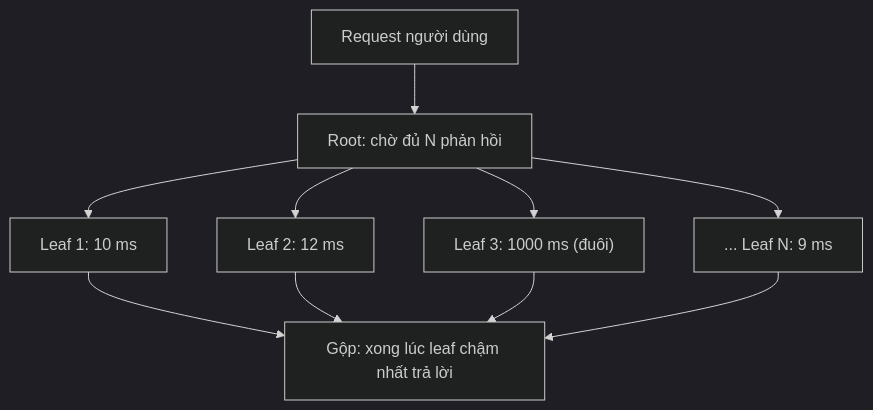
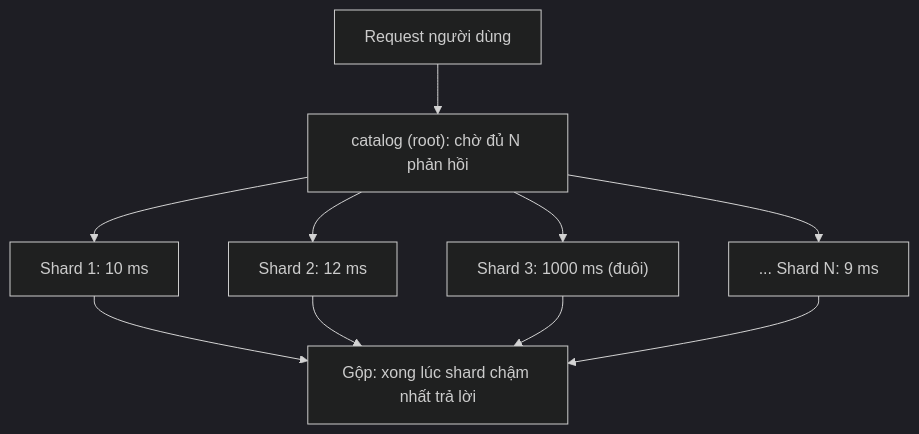
Before and after one commit to pirumu/irust: the third of 3 diagrams in docs/12-he-thong-du-lieu/01-reliability-scalability-maintainability.md, drawn with Mermaid (dark theme). The commit also changed other lines of this file and 27 other files, not shown here.

````diff
--- a/docs/12-he-thong-du-lieu/01-reliability-scalability-maintainability.md
+++ b/docs/12-he-thong-du-lieu/01-reliability-scalability-maintainability.md
@@ -165,12 +215,12 @@
 ```mermaid
 flowchart TD
-  U["Request người dùng"] --> R["Root: chờ đủ N phản hồi"]
-  R --> L1["Leaf 1: 10 ms"]
-  R --> L2["Leaf 2: 12 ms"]
-  R --> L3["Leaf 3: 1000 ms (đuôi)"]
-  R --> L4["... Leaf N: 9 ms"]
-  L1 --> M["Gộp: xong lúc leaf chậm nhất trả lời"]
+  U["Request người dùng"] --> R["catalog (root): chờ đủ N phản hồi"]
+  R --> L1["Shard 1: 10 ms"]
+  R --> L2["Shard 2: 12 ms"]
+  R --> L3["Shard 3: 1000 ms (đuôi)"]
+  R --> L4["... Shard N: 9 ms"]
+  L1 --> M["Gộp: xong lúc shard chậm nhất trả lời"]
   L2 --> M
   L3 --> M
   L4 --> M
 ```
````
